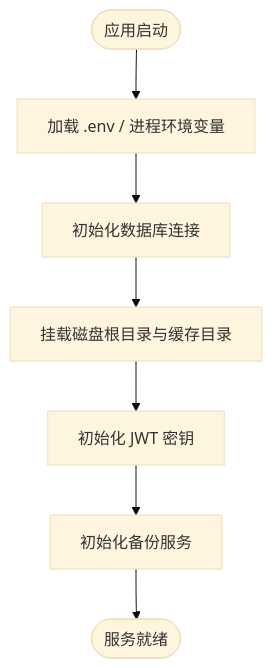
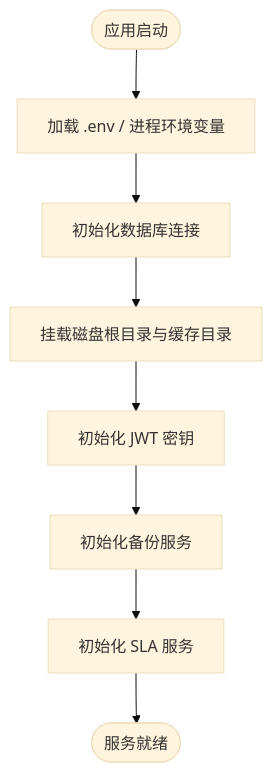
One commit to CubeEdge/Longhorn changed the sixth of 10 diagrams in .qoder/repowiki/zh/content/API 接口文档/管理员管理 API/系统配置 API.md. Above: the diagram before and after it, drawn with Mermaid (base theme). The commit also changed other lines of this file and 118 other files, not shown here.

````diff
--- a/.qoder/repowiki/zh/content/API 接口文档/管理员管理 API/系统配置 API.md
+++ b/.qoder/repowiki/zh/content/API 接口文档/管理员管理 API/系统配置 API.md
@@ -285,9 +304,10 @@
 ```mermaid
 flowchart TD
 Start(["应用启动"]) --> LoadEnv["加载 .env / 进程环境变量"]
 LoadEnv --> InitDB["初始化数据库连接"]
 InitDB --> MountFS["挂载磁盘根目录与缓存目录"]
 MountFS --> InitJWT["初始化 JWT 密钥"]
 InitJWT --> InitBackupService["初始化备份服务"]
-InitBackupService --> Ready(["服务就绪"])
+InitBackupService --> InitSLAService["初始化 SLA 服务"]
+InitSLAService --> Ready(["服务就绪"])
 ```
````
